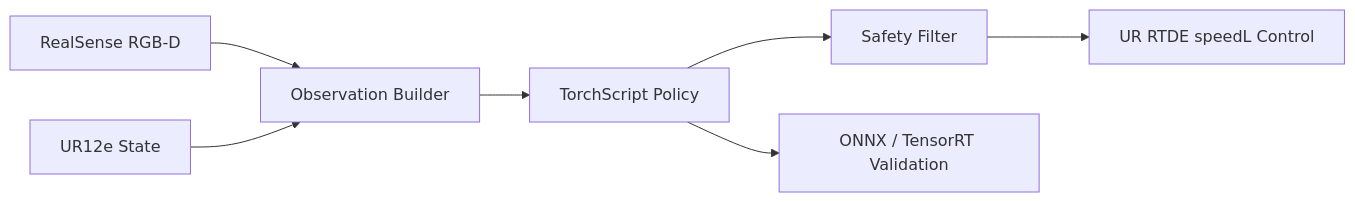
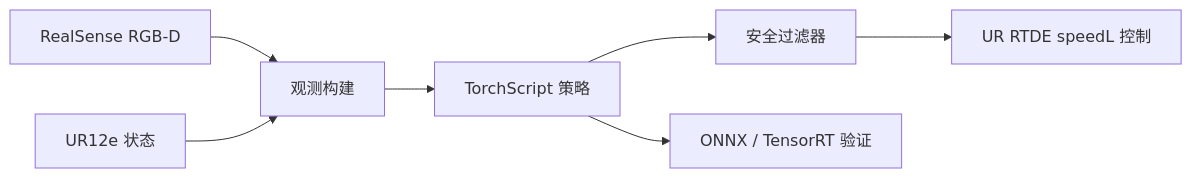
One commit to ruying257/MP1_deploy changed the diagram in README.md. Above: the diagram before and after it, drawn with Mermaid. The commit also changed other lines of this file, not shown here.

````diff
--- a/README.md
+++ b/README.md
@@ -19,9 +21,9 @@
 ```mermaid
 flowchart LR
-    A["RealSense RGB-D"] --> B["Observation Builder"]
-    C["UR12e State"] --> B
-    B --> D["TorchScript Policy"]
-    D --> E["Safety Filter"]
-    E --> F["UR RTDE speedL Control"]
-    D --> G["ONNX / TensorRT Validation"]
+    A["RealSense RGB-D"] --> B["观测构建"]
+    C["UR12e 状态"] --> B
+    B --> D["TorchScript 策略"]
+    D --> E["安全过滤器"]
+    E --> F["UR RTDE speedL 控制"]
+    D --> G["ONNX / TensorRT 验证"]
 ```
````
